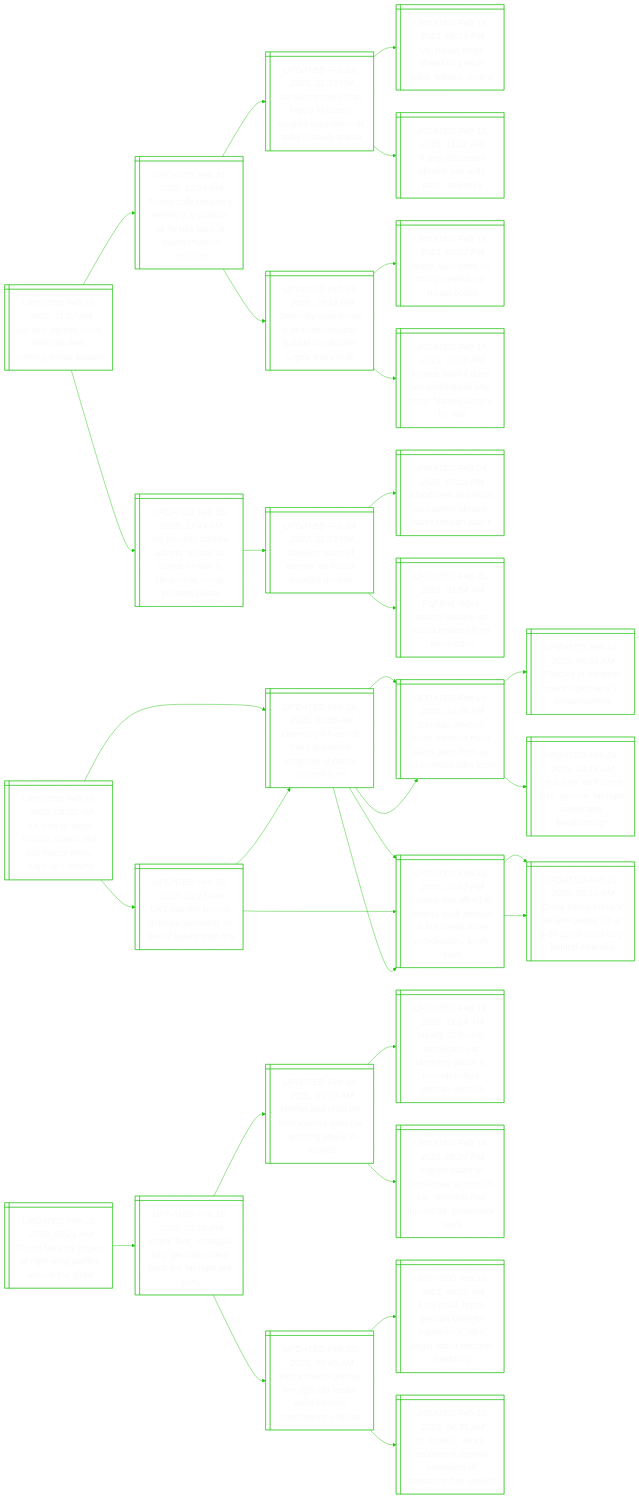
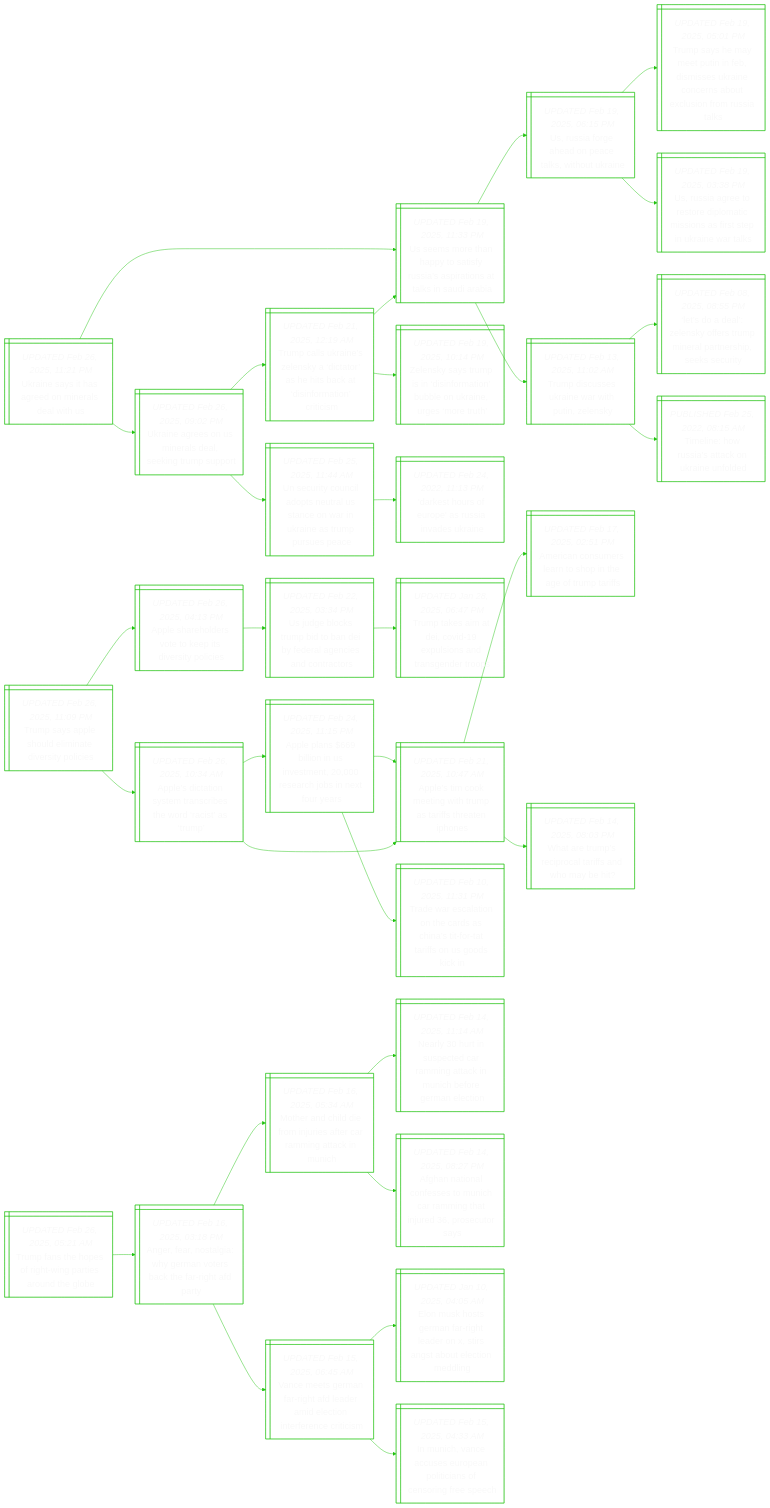
One commit to notJmes/notJmes changed the diagram in README.md. Above: the diagram before and after it, drawn with Mermaid. The commit also changed other lines of this file, not shown here.

```diff
--- a/README.md
+++ b/README.md
@@ -16,82 +16,82 @@
 flowchart LR
 classDef txtsize font-size:20px;
 
-UneUedegpo@{ shape: win-pane, label: "_UPDATED Feb 26, 2025, 11:57 AM_
+UnsseillU@{ shape: win-pane, label: "_UPDATED Feb 26, 2025, 11:21 PM_
+Ukraine says it has agreed on minerals deal with us" }
+Umehtiusrnanii@{ shape: win-pane, label: "_UPDATED Feb 19, 2025, 11:33 PM_
+Us seems more than happy to satisfy russia’s aspirations at talks in saudi arabia" }
+Usreptwua@{ shape: win-pane, label: "_UPDATED Feb 19, 2025, 06:15 PM_
+Us, russia forge ahead on peace talks, without ukraine" }
+TseetFseaonulnRas@{ shape: win-pane, label: "_UPDATED Feb 19, 2025, 05:01 PM_
+Trump says he may meet putin in feb, dismisses ukraine concerns about exclusion from russia talks" }
+Usrrrlisasprwl@{ shape: win-pane, label: "_UPDATED Feb 19, 2025, 03:38 PM_
+Us, russia agree to restore diplomatic missions as first step in ukraine war talks" }
+Tdskeitly@{ shape: win-pane, label: "_UPDATED Feb 13, 2025, 11:02 AM_
+Trump discusses ukraine war with putin, zelensky" }
+LolnfTmathecy@{ shape: win-pane, label: "_UPDATED Feb 08, 2025, 08:55 PM_
+‘let’s do a deal’: zelensky offers trump mineral partnership, seeks security" }
+Tiwitnifd@{ shape: win-pane, label: "_PUBLISHED Feb 25, 2022, 08:15 AM_
+Timeline: how russia's attack on ukraine unfolded" }
+UneUedegpo@{ shape: win-pane, label: "_UPDATED Feb 26, 2025, 09:02 PM_
 Ukraine agrees on us minerals deal, seeking trump support" }
 TcUnlytaicioiis@{ shape: win-pane, label: "_UPDATED Feb 21, 2025, 12:19 AM_
 Trump calls ukraine’s zelensky a ‘dictator’ as he hits back at ‘disinformation’ criticism" }
 Umehtiusrnanii@{ shape: win-pane, label: "_UPDATED Feb 19, 2025, 11:33 PM_
 Us seems more than happy to satisfy russia’s aspirations at talks in saudi arabia" }
-Usreptwua@{ shape: win-pane, label: "_UPDATED Feb 19, 2025, 06:15 PM_
-Us, russia forge ahead on peace talks, without ukraine" }
-Tdskeitly@{ shape: win-pane, label: "_UPDATED Feb 13, 2025, 11:02 AM_
-Trump discusses ukraine war with putin, zelensky" }
 Zsymnnaberumr@{ shape: win-pane, label: "_UPDATED Feb 19, 2025, 10:14 PM_
 Zelensky says trump is in ‘disinformation’ bubble on ukraine, urges ‘more truth’" }
-Mrlspdupy@{ shape: win-pane, label: "_UPDATED Feb 19, 2025, 03:12 PM_
-Major risks loom as trump upends us’ russia policy" }
-Feisnthmmrfr@{ shape: win-pane, label: "_UPDATED Feb 19, 2025, 10:06 PM_
-France says it does not understand why trump blames ukraine for war" }
 UuCipuUnwUnruse@{ shape: win-pane, label: "_UPDATED Feb 25, 2025, 11:44 AM_
 Un security council adopts neutral us stance on war in ukraine as trump pursues peace" }
 DsruasvUn@{ shape: win-pane, label: "_UPDATED Feb 24, 2022, 11:13 PM_
 'darkest hours of europe' as russia invades ukraine" }
-Bsnranicsak@{ shape: win-pane, label: "_UPDATED Feb 24, 2022, 09:21 PM_
-Bloodshed and tears as eastern ukraine faces russian attack" }
-Figokesnsts@{ shape: win-pane, label: "_UPDATED Feb 25, 2022, 01:54 AM_
-Fighting rages around ukraine as russia invades from three sides" }
 
+UnsseillU:::txtsize --> Umehtiusrnanii:::txtsize
+Umehtiusrnanii:::txtsize --> Usreptwua:::txtsize
+Usreptwua:::txtsize --> TseetFseaonulnRas:::txtsize
+Usreptwua:::txtsize --> Usrrrlisasprwl:::txtsize
+Umehtiusrnanii:::txtsize --> Tdskeitly:::txtsize
+Tdskeitly:::txtsize --> LolnfTmathecy:::txtsize
+Tdskeitly:::txtsize --> Tiwitnifd:::txtsize
+UnsseillU:::txtsize --> UneUedegpo:::txtsize
 UneUedegpo:::txtsize --> TcUnlytaicioiis:::txtsize
 TcUnlytaicioiis:::txtsize --> Umehtiusrnanii:::txtsize
-Umehtiusrnanii:::txtsize --> Usreptwua:::txtsize
-Umehtiusrnanii:::txtsize --> Tdskeitly:::txtsize
 TcUnlytaicioiis:::txtsize --> Zsymnnaberumr:::txtsize
-Zsymnnaberumr:::txtsize --> Mrlspdupy:::txtsize
-Zsymnnaberumr:::txtsize --> Feisnthmmrfr:::txtsize
 UneUedegpo:::txtsize --> UuCipuUnwUnruse:::txtsize
 UuCipuUnwUnruse:::txtsize --> DsruasvUn:::txtsize
-DsruasvUn:::txtsize --> Bsnranicsak:::txtsize
-DsruasvUn:::txtsize --> Figokesnsts:::txtsize
 
-Imeuntjrtasy@{ shape: win-pane, label: "_UPDATED Feb 26, 2025, 09:20 AM_
-It’s time to seize russian assets, not just freeze them, says uk’s lammy" }
-Uabsnegesti@{ shape: win-pane, label: "_UPDATED Feb 26, 2025, 02:14 AM_
-Uk’s starmer boosts defence spending on eve of washington trip" }
-Gnicztlvfser@{ shape: win-pane, label: "_UPDATED Feb 24, 2025, 11:56 AM_
-Germany’s friedrich merz questions longevity of nato’s ‘current form’" }
-GntiFreavositl@{ shape: win-pane, label: "_UPDATED Feb 24, 2025, 10:36 AM_
-German election victor friedrich merz plans pivot from us as coalition talks loom" }
-Eeftesittsciods@{ shape: win-pane, label: "_UPDATED Feb 21, 2025, 10:52 PM_
-Europe can afford to defend itself without us but needs more coordination, study says" }
-Eeftesittsciods@{ shape: win-pane, label: "_UPDATED Feb 21, 2025, 10:52 PM_
-Europe can afford to defend itself without us but needs more coordination, study says" }
-CbTsiadslaeZs@{ shape: win-pane, label: "_UPDATED Feb 21, 2025, 05:19 PM_
-China backs trump’s ukraine peace bid at g-20 as us allies rally behind zelensky" }
-Gnicztlvfser@{ shape: win-pane, label: "_UPDATED Feb 24, 2025, 11:56 AM_
-Germany’s friedrich merz questions longevity of nato’s ‘current form’" }
-GntiFreavositl@{ shape: win-pane, label: "_UPDATED Feb 24, 2025, 10:36 AM_
-German election victor friedrich merz plans pivot from us as coalition talks loom" }
-PiFreeyst@{ shape: win-pane, label: "_UPDATED Feb 24, 2025, 06:55 AM_
-Policies of friedrich merz's germany's conservatives" }
-Niletarcrbtg@{ shape: win-pane, label: "_UPDATED Feb 24, 2025, 04:19 AM_
-‘next time we’ll come first’: german far-right celebrates breakthrough" }
-Eeftesittsciods@{ shape: win-pane, label: "_UPDATED Feb 21, 2025, 10:52 PM_
-Europe can afford to defend itself without us but needs more coordination, study says" }
-CbTsiadslaeZs@{ shape: win-pane, label: "_UPDATED Feb 21, 2025, 05:19 PM_
-China backs trump’s ukraine peace bid at g-20 as us allies rally behind zelensky" }
+Tspheniils@{ shape: win-pane, label: "_UPDATED Feb 26, 2025, 11:09 PM_
+Trump says apple should eliminate diversity policies" }
+Ashreedsoe@{ shape: win-pane, label: "_UPDATED Feb 26, 2025, 04:13 PM_
+Apple shareholders vote to keep its diversity policies" }
+Ugcudnyresoc@{ shape: win-pane, label: "_UPDATED Feb 22, 2025, 03:34 PM_
+Us judge blocks trump bid to ban dei by federal agencies and contractors" }
+TtaDvpodseo@{ shape: win-pane, label: "_UPDATED Jan 28, 2025, 06:47 PM_
+Trump takes aim at dei, covid-19 expulsions and transgender troops" }
+Asasmsewaam@{ shape: win-pane, label: "_UPDATED Feb 26, 2025, 10:34 AM_
+Apple’s dictation system transcribes the word ‘racist’ as ‘trump’" }
+ApboSstaonoa@{ shape: win-pane, label: "_UPDATED Feb 24, 2025, 11:15 PM_
+Apple plans $669 billion in us investment, 20,000 research jobs in next four years" }
+Asoewrsfrnn@{ shape: win-pane, label: "_UPDATED Feb 21, 2025, 10:47 AM_
+Apple’s tim cook meeting with trump as tariffs threaten iphones" }
+TwcitrCsotfSsi@{ shape: win-pane, label: "_UPDATED Feb 10, 2025, 11:31 PM_
+Trade war escalation on the cards as china’s tit-for-tat tariffs on us goods kick in" }
+Asoewrsfrnn@{ shape: win-pane, label: "_UPDATED Feb 21, 2025, 10:47 AM_
+Apple’s tim cook meeting with trump as tariffs threaten iphones" }
+Acnrrhteur@{ shape: win-pane, label: "_UPDATED Feb 17, 2025, 02:51 PM_
+American consumers learn to shop in the age of trump tariffs" }
+Wrmccraoe@{ shape: win-pane, label: "_UPDATED Feb 14, 2025, 08:03 PM_
+What are trump’s reciprocal tariffs and who may be hit?" }
 
-Imeuntjrtasy:::txtsize --> Uabsnegesti:::txtsize
-Uabsnegesti:::txtsize --> Gnicztlvfser:::txtsize
-Gnicztlvfser:::txtsize --> GntiFreavositl:::txtsize
-Gnicztlvfser:::txtsize --> Eeftesittsciods:::txtsize
-Uabsnegesti:::txtsize --> Eeftesittsciods:::txtsize
-Eeftesittsciods:::txtsize --> CbTsiadslaeZs:::txtsize
-Imeuntjrtasy:::txtsize --> Gnicztlvfser:::txtsize
-Gnicztlvfser:::txtsize --> GntiFreavositl:::txtsize
-GntiFreavositl:::txtsize --> PiFreeyst:::txtsize
-GntiFreavositl:::txtsize --> Niletarcrbtg:::txtsize
-Gnicztlvfser:::txtsize --> Eeftesittsciods:::txtsize
-Eeftesittsciods:::txtsize --> CbTsiadslaeZs:::txtsize
+Tspheniils:::txtsize --> Ashreedsoe:::txtsize
+Ashreedsoe:::txtsize --> Ugcudnyresoc:::txtsize
+Ugcudnyresoc:::txtsize --> TtaDvpodseo:::txtsize
+Tspheniils:::txtsize --> Asasmsewaam:::txtsize
+Asasmsewaam:::txtsize --> ApboSstaonoa:::txtsize
+ApboSstaonoa:::txtsize --> Asoewrsfrnn:::txtsize
+ApboSstaonoa:::txtsize --> TwcitrCsotfSsi:::txtsize
+Asasmsewaam:::txtsize --> Asoewrsfrnn:::txtsize
+Asoewrsfrnn:::txtsize --> Acnrrhteur:::txtsize
+Asoewrsfrnn:::txtsize --> Wrmccraoe:::txtsize
 
 Tfheiiradl@{ shape: win-pane, label: "_UPDATED Feb 26, 2025, 05:21 AM_
 Trump fans the hopes of right-wing parties around the globe" }
```
